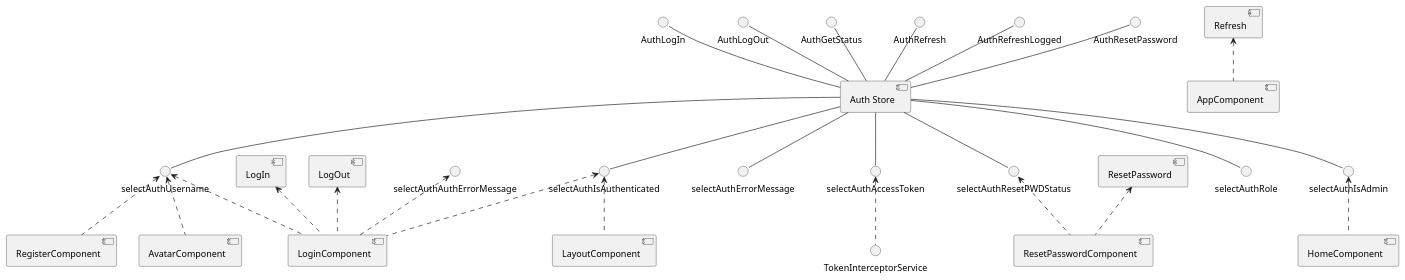
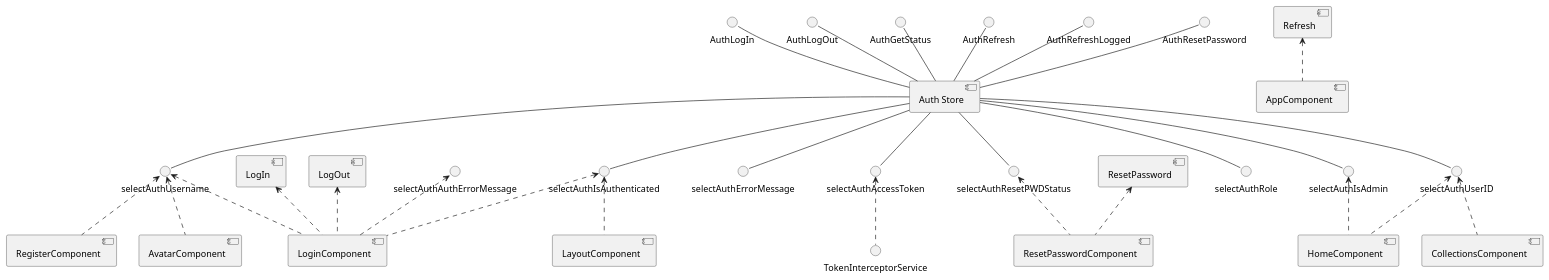
The first of 12 diagrams in documentation/puml/angular.puml (HISPAMUS/muret), drawn with PlantUML before and after one commit. The commit also changed other lines of this file and 20 other files, not shown here.

Commit message:
Home component and documents

```diff
--- a/documentation/puml/angular.puml
+++ b/documentation/puml/angular.puml
@@ -3,32 +3,35 @@
 @startuml auth_store_component
     ' Auth
     [Auth Store]
     AuthLogIn -- [Auth Store]
     AuthLogOut -- [Auth Store]
     AuthGetStatus -- [Auth Store]
     AuthRefresh -- [Auth Store]
     AuthRefreshLogged -- [Auth Store]
     AuthResetPassword -- [Auth Store]
     [Auth Store] -- selectAuthIsAuthenticated
     [Auth Store] -- selectAuthUsername
     [Auth Store] -- selectAuthErrorMessage
     [Auth Store] -- selectAuthAccessToken
     [Auth Store] -- selectAuthResetPWDStatus
     [Auth Store] -- selectAuthRole
     [Auth Store] -- selectAuthIsAdmin
+    [Auth Store] -- selectAuthUserID
 
     [LogIn] <.. [LoginComponent]
     [LogOut] <.. [LoginComponent]
     [Refresh] <.. [AppComponent]
 
     [ResetPassword] <.. [ResetPasswordComponent]
     selectAuthIsAuthenticated <.. [LoginComponent]
     selectAuthIsAuthenticated <.. [LayoutComponent]
     selectAuthUsername <.. [LoginComponent]
     selectAuthUsername <.. [RegisterComponent]
     selectAuthUsername <.. [AvatarComponent]
     selectAuthAuthErrorMessage <.. [LoginComponent]
     selectAuthAccessToken <.. TokenInterceptorService
     selectAuthResetPWDStatus <.. [ResetPasswordComponent]
     selectAuthIsAdmin <.. [HomeComponent]
+    selectAuthUserID <.. [HomeComponent]
+    selectAuthUserID <.. [CollectionsComponent]
 @enduml
```
